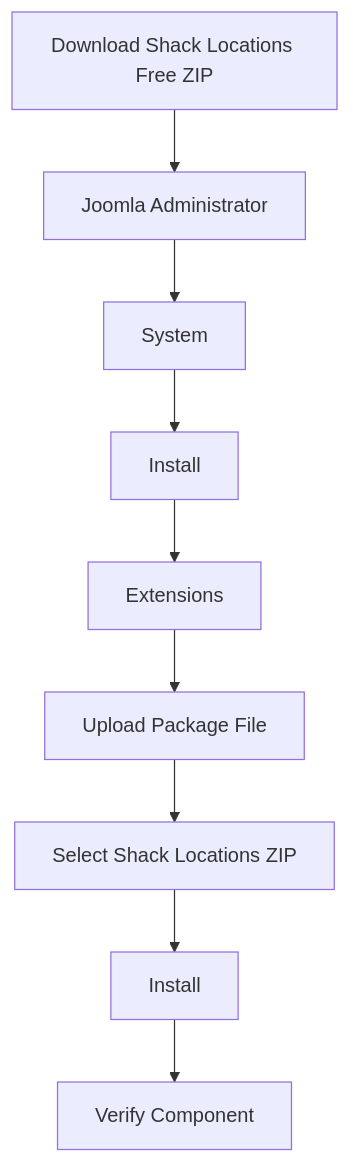
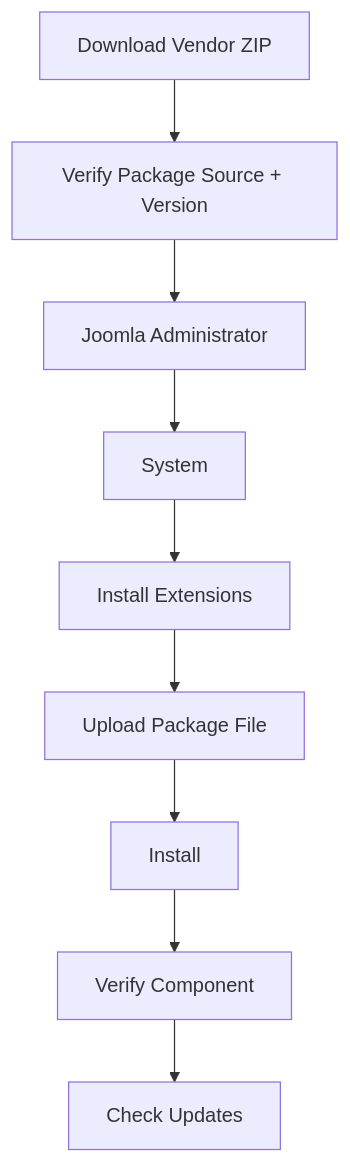
The third of 7 diagrams in docs/joomla/learning/3rd-extensions/shack-locations-free-2-2-1-installation-configuration-guide.md (duyduyly/php-notebook), drawn with Mermaid before and after one commit. The commit also changed other lines of this file, not shown here.

Commit message:
docs: add Shack Locations security assessment

````diff
--- a/docs/joomla/learning/3rd-extensions/shack-locations-free-2-2-1-installation-configuration-guide.md
+++ b/docs/joomla/learning/3rd-extensions/shack-locations-free-2-2-1-installation-configuration-guide.md
@@ -404,11 +564,11 @@
 ```mermaid
 flowchart TD
-    A[Download Shack Locations Free ZIP] --> B[Joomla Administrator]
-    B --> C[System]
-    C --> D[Install]
-    D --> E[Extensions]
+    A[Download Vendor ZIP] --> B[Verify Package Source + Version]
+    B --> C[Joomla Administrator]
+    C --> D[System]
+    D --> E[Install Extensions]
     E --> F[Upload Package File]
-    F --> G[Select Shack Locations ZIP]
-    G --> H[Install]
-    H --> I[Verify Component]
+    F --> G[Install]
+    G --> H[Verify Component]
+    H --> I[Check Updates]
 ```
````
